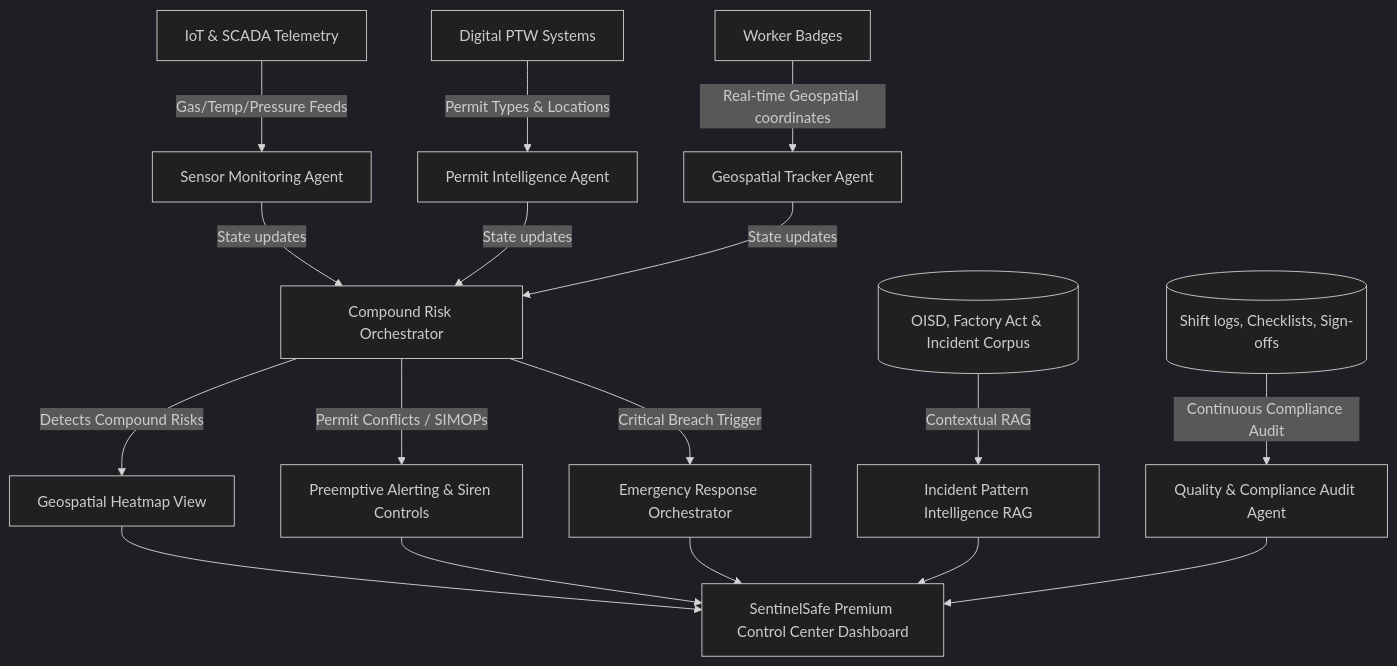
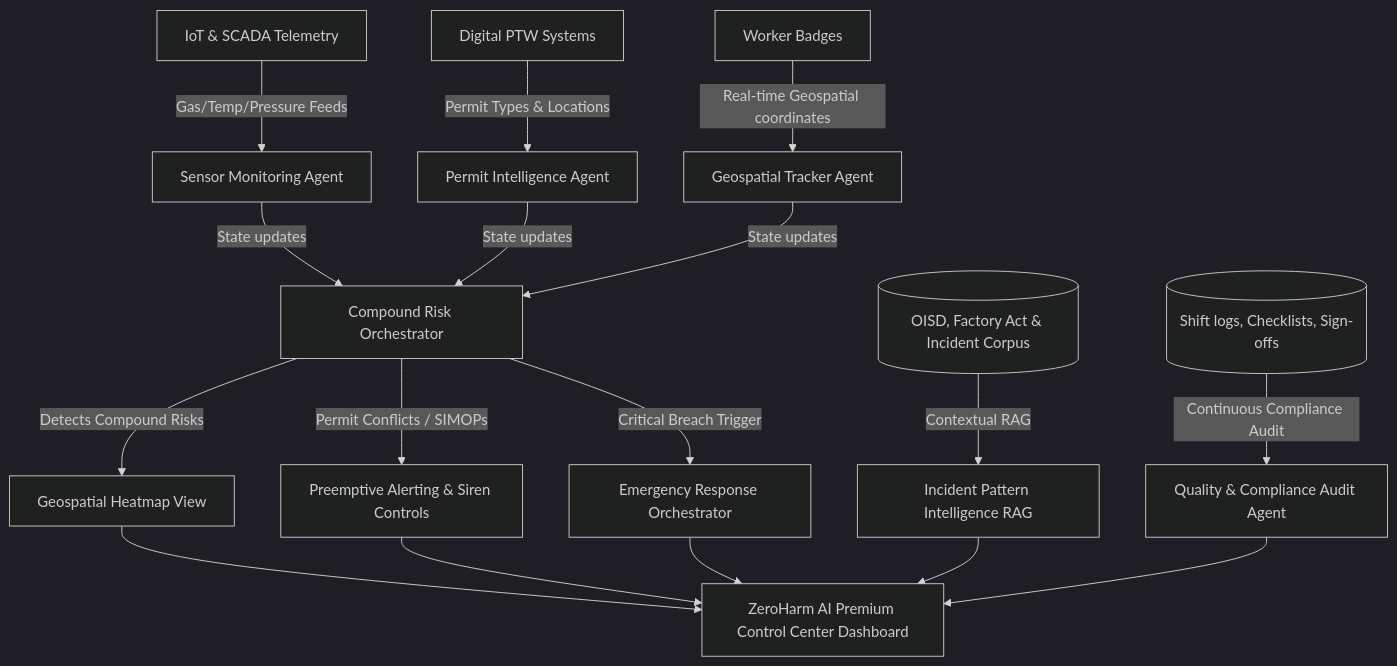
The first of 2 diagrams in README.md (AnishaPaturi/ZeroHarm-AI), drawn with Mermaid (dark theme) before and after one commit. The commit also changed other lines of this file and 12 other files, not shown here.

First line of the commit message:
v1.9 : feat: Implement ZeroHarm RAG Agent with local vector store and compliance auditing

````diff
--- a/README.md
+++ b/README.md
@@ -34,28 +34,28 @@
 ```mermaid
 graph TD
     %% Inputs
     SubGraph1[IoT & SCADA Telemetry] --> |Gas/Temp/Pressure Feeds| SensorAgent[Sensor Monitoring Agent]
     SubGraph2[Digital PTW Systems] --> |Permit Types & Locations| PermitAgent[Permit Intelligence Agent]
     SubGraph3[Worker Badges] --> |Real-time Geospatial coordinates| GeoAgent[Geospatial Tracker Agent]
     
     %% Agents & Intelligence Layer
     SensorAgent --> |State updates| CentralOrchestrator[Compound Risk Orchestrator]
     PermitAgent --> |State updates| CentralOrchestrator
     GeoAgent --> |State updates| CentralOrchestrator
 
     %% Decision Engine
     CentralOrchestrator --> |Detects Compound Risks| Heatmap[Geospatial Heatmap View]
     CentralOrchestrator --> |Permit Conflicts / SIMOPs| AlertSystem[Preemptive Alerting & Siren Controls]
     CentralOrchestrator --> |Critical Breach Trigger| EmergencyOrchestrator[Emergency Response Orchestrator]
 
     %% Knowledge Bases & Auditing
     RegulatoryDB[(OISD, Factory Act & Incident Corpus)] --> |Contextual RAG| ChatAgent[Incident Pattern Intelligence RAG]
     ComplianceDB[(Shift logs, Checklists, Sign-offs)] --> |Continuous Compliance Audit| AuditAgent[Quality & Compliance Audit Agent]
 
     %% Output UI
-    Heatmap --> UI[SentinelSafe Premium Control Center Dashboard]
+    Heatmap --> UI[ZeroHarm AI Premium Control Center Dashboard]
     AlertSystem --> UI
     EmergencyOrchestrator --> UI
     ChatAgent --> UI
     AuditAgent --> UI
 ```
````
